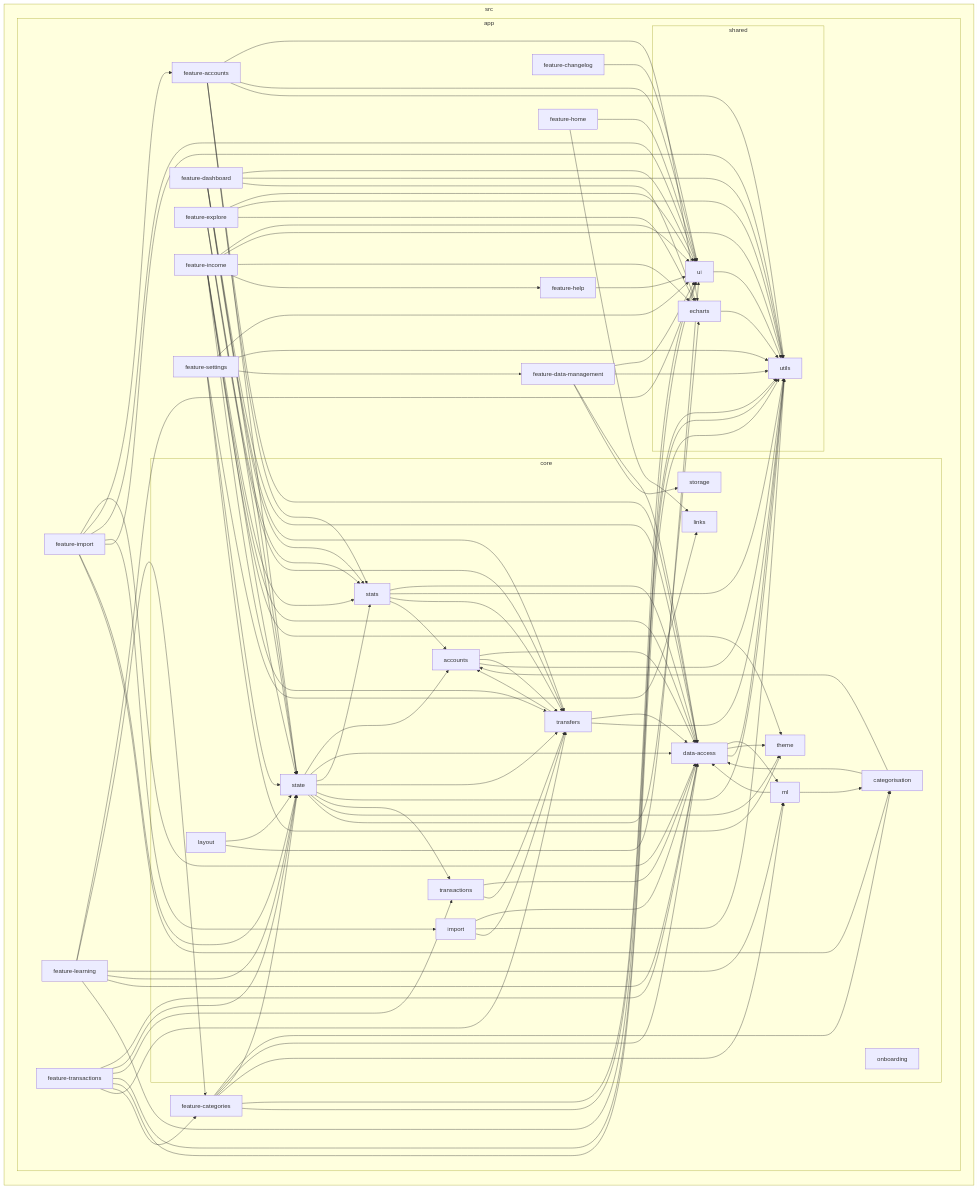
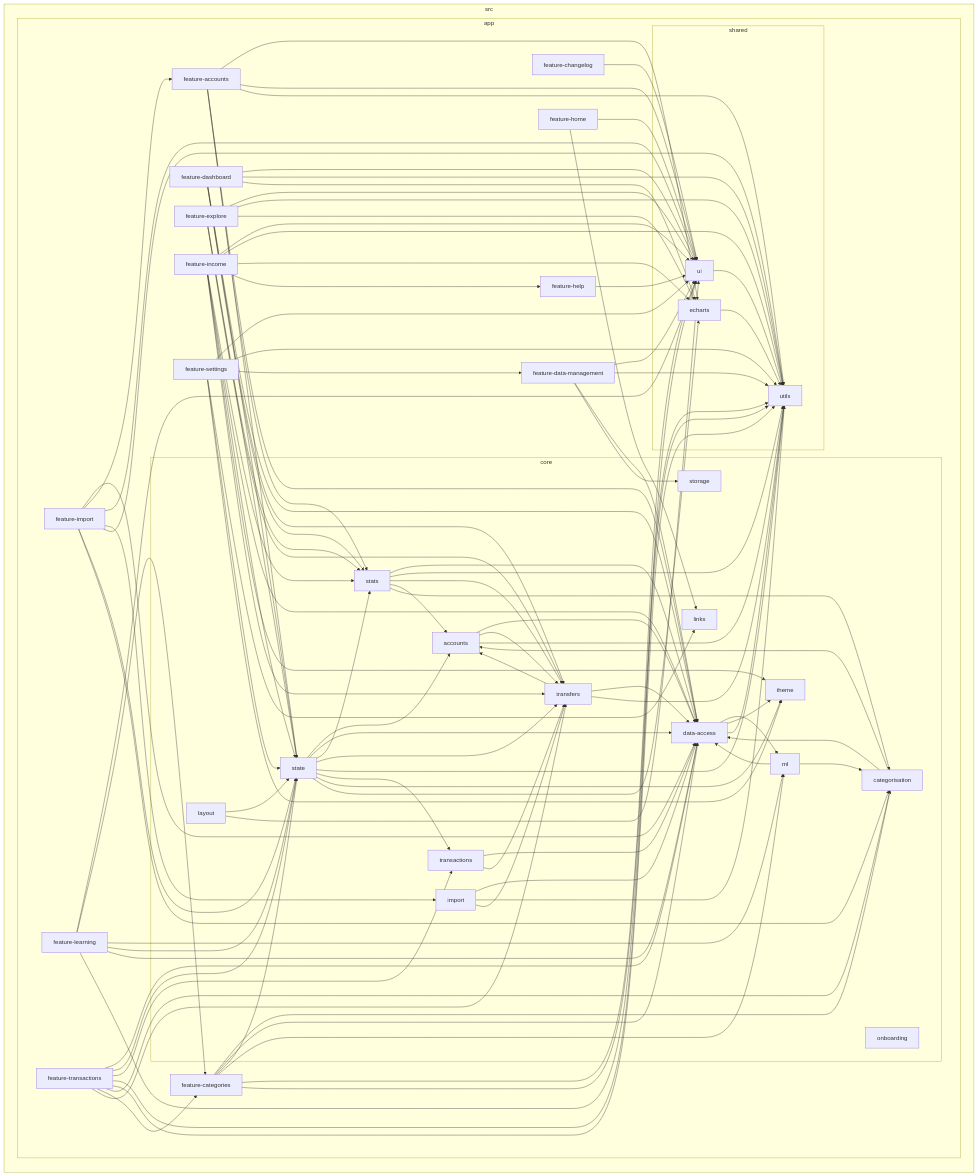
The diagram in reports/dependency-graph.mmd (kevhauma/money-mosaic-v2), drawn with Mermaid before and after one commit. The commit also changed 45 other files, not shown here.

```diff
--- a/reports/dependency-graph.mmd
+++ b/reports/dependency-graph.mmd
@@ -1,142 +1,144 @@
 flowchart LR
 
 subgraph 0["src"]
 subgraph 1["app"]
 subgraph 2["core"]
 3["accounts"]
 4["categorisation"]
 5["data-access"]
 6["import"]
 7["layout"]
 8["links"]
 9["ml"]
 A["onboarding"]
 B["state"]
 C["stats"]
 D["storage"]
 E["theme"]
 F["transactions"]
 G["transfers"]
 end
 H["feature-accounts"]
 I["feature-categories"]
 J["feature-changelog"]
 K["feature-dashboard"]
 L["feature-data-management"]
 M["feature-explore"]
 N["feature-help"]
 O["feature-home"]
 P["feature-import"]
 Q["feature-income"]
 R["feature-learning"]
 S["feature-settings"]
 T["feature-transactions"]
 subgraph U["shared"]
 V["echarts"]
 W["ui"]
 X["utils"]
 end
 end
 end
 3-->5
 3-->G
 3-->X
 4-->5
 4-->3
 5-->9
 5-->E
 5-->X
 6-->5
 6-->X
 6-->G
 7-->B
 7-->W
 9-->4
 9-->5
 B-->3
 B-->5
 B-->C
 B-->G
 B-->X
 B-->F
 B-->E
 B-->V
 C-->5
 C-->X
 C-->G
 C-->3
+C-->4
 F-->5
 F-->G
 G-->5
 G-->3
 G-->X
 H-->5
 H-->V
 H-->B
 H-->W
 H-->X
 H-->C
 I-->4
 I-->5
 I-->B
 I-->W
 I-->X
 I-->9
 J-->W
 K-->5
 K-->B
 K-->W
 K-->X
 K-->G
 K-->C
 K-->V
 L-->5
 L-->D
 L-->W
 L-->X
 M-->W
 M-->B
 M-->C
 M-->X
 M-->G
 M-->V
 N-->W
 O-->8
 O-->W
 P-->5
 P-->H
 P-->W
 P-->6
 P-->X
 P-->B
 P-->4
 Q-->C
 Q-->W
 Q-->X
 Q-->5
 Q-->B
 Q-->E
 Q-->G
 Q-->V
 Q-->N
 R-->W
 R-->I
 R-->9
 R-->B
 R-->5
 R-->X
 S-->W
 S-->8
 S-->B
 S-->X
 S-->L
 S-->E
 T-->5
 T-->B
 T-->F
 T-->W
 T-->X
+T-->4
 T-->I
 T-->G
 V-->X
 W-->X
```
